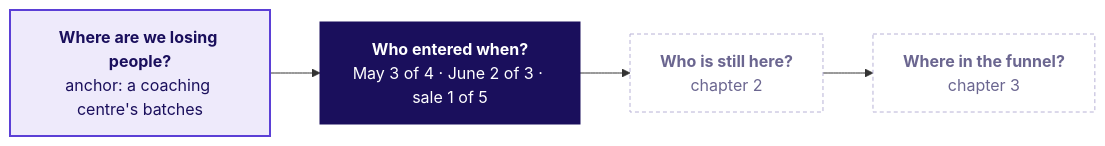
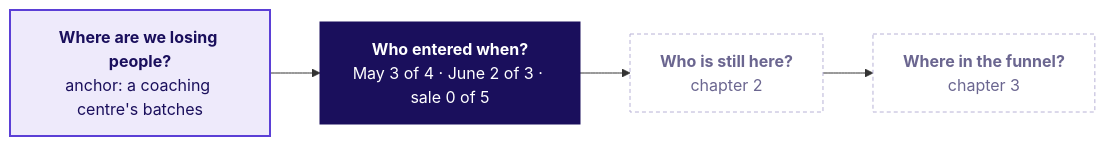
One commit to fde-academy-lab/c2-content-factory changed the third of 6 diagrams in content/W04/D4/slides/C2_W04_D04_half1_STUDENT.md. Above: the diagram before and after it, drawn with Mermaid. The commit also changed other lines of this file and 15 other files, not shown here.

````diff
--- a/content/W04/D4/slides/C2_W04_D04_half1_STUDENT.md
+++ b/content/W04/D4/slides/C2_W04_D04_half1_STUDENT.md
@@ -349,12 +348,12 @@
 ```mermaid
 flowchart LR
-    A["<b>Where are we losing people?</b><br/>anchor: a coaching centre's batches"] --> Q1["<b>Who entered when?</b><br/>May 3 of 4 · June 2 of 3 · sale 1 of 5"]
+    A["<b>Where are we losing people?</b><br/>anchor: a coaching centre's batches"] --> Q1["<b>Who entered when?</b><br/>May 3 of 4 · June 2 of 3 · sale 0 of 5"]
     Q1 --> Q2["<b>Who is still here?</b><br/>chapter 2"]
     Q2 --> Q3["<b>Where in the funnel?</b><br/>chapter 3"]
     classDef lit fill:#1A0F5C,stroke:#1A0F5C,color:#FFFFFF
     classDef known fill:#EEEAFB,stroke:#5B3FD6,color:#1A0F5C,stroke-width:2px
     classDef unknown fill:#FFFFFF,stroke:#B8B2D6,color:#6B6690,stroke-dasharray:4 3
     class A known
     class Q1 lit
     class Q2,Q3 unknown
 ```
````
